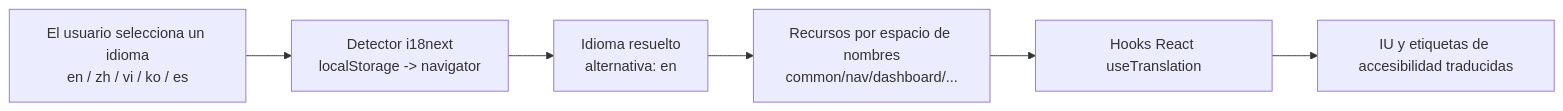
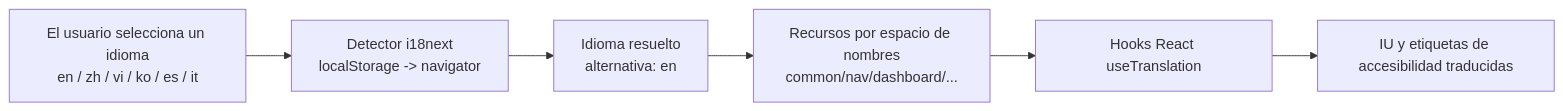
The second of 22 diagrams in README-ES.md (NikoAuso/Claude-Code-Agent-Monitor), drawn with Mermaid before and after one commit. The commit also changed other lines of this file and 53 other files, not shown here.

````diff
--- a/README-ES.md
+++ b/README-ES.md
@@ -135,8 +135,8 @@
 ```mermaid
 flowchart LR
-    A["El usuario selecciona un idioma<br/>en / zh / vi / ko / es"] --> B["Detector i18next<br/>localStorage -> navigator"]
+    A["El usuario selecciona un idioma<br/>en / zh / vi / ko / es / it"] --> B["Detector i18next<br/>localStorage -> navigator"]
     B --> C["Idioma resuelto<br/>alternativa: en"]
     C --> D["Recursos por espacio de nombres<br/>common/nav/dashboard/..."]
     D --> E["Hooks React useTranslation"]
     E --> F["IU y etiquetas de accesibilidad traducidas"]
 ```
````
